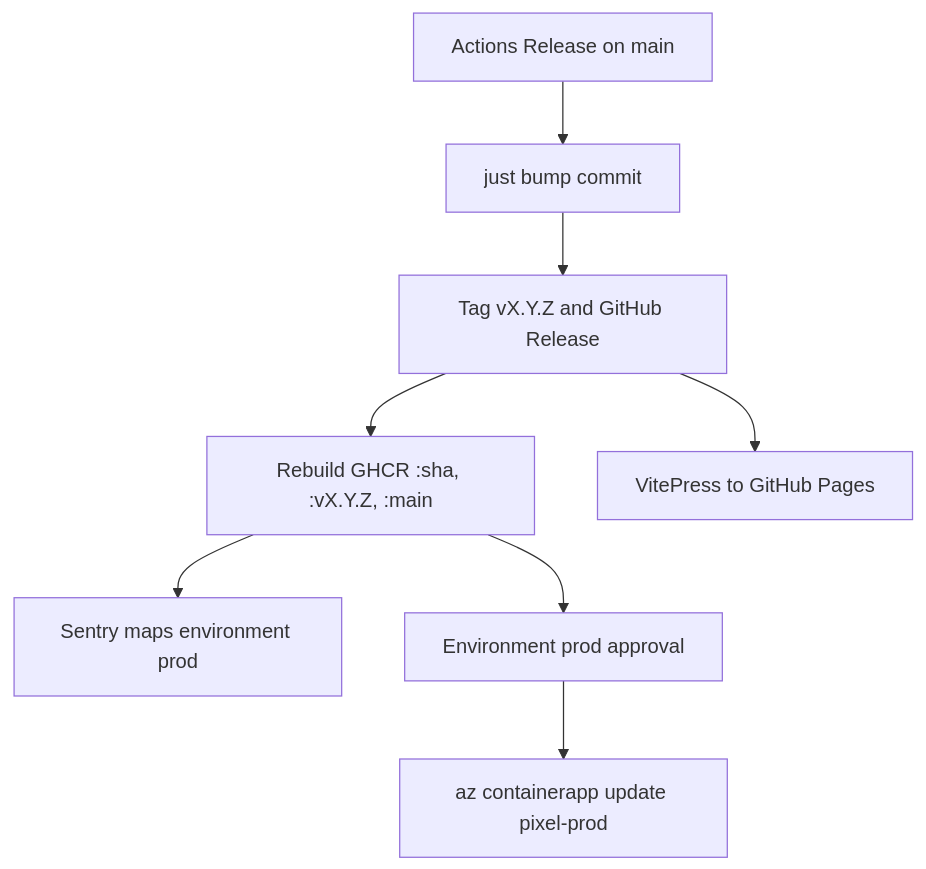
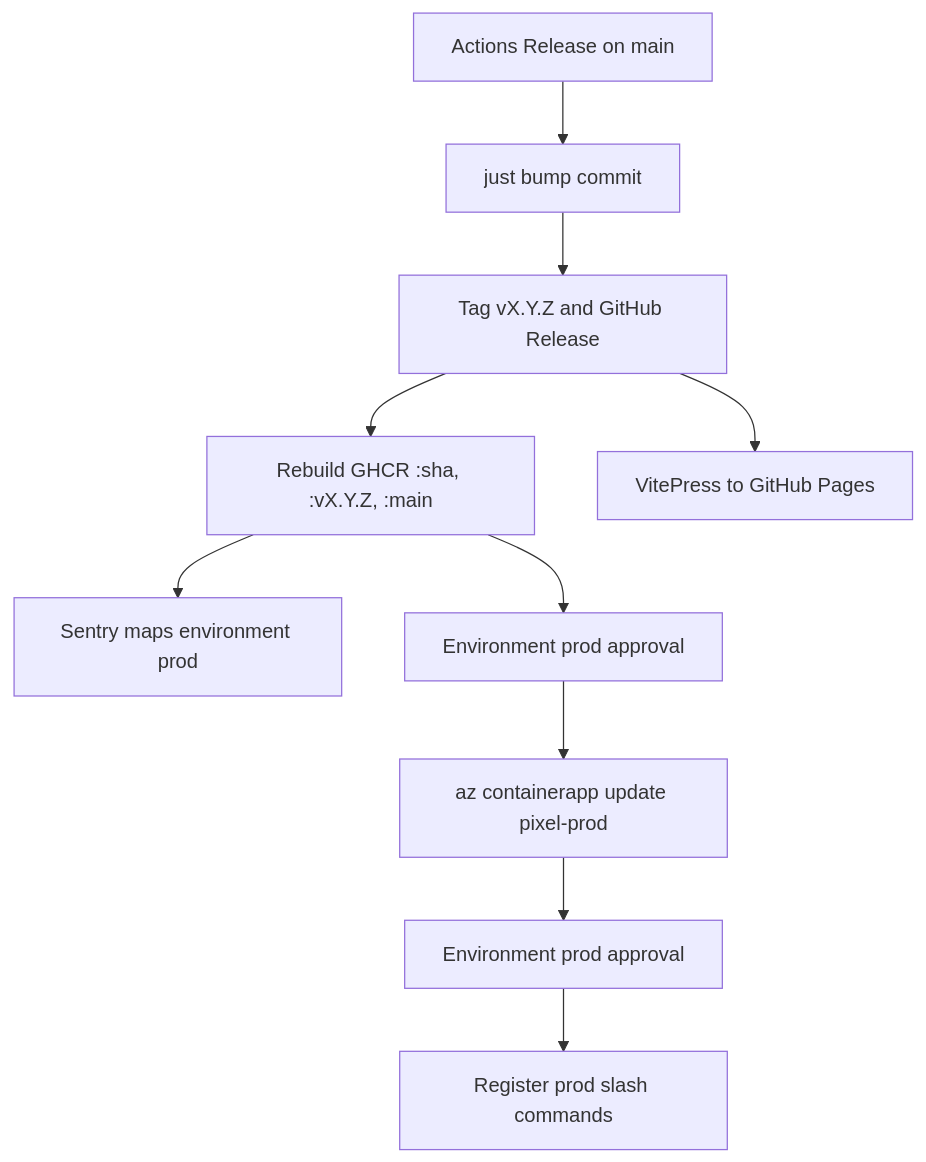
The third of 3 diagrams in docs/runbook.md (pixelbar/pixel), drawn with Mermaid before and after one commit. The commit also changed other lines of this file and 15 other files, not shown here.

First line of the commit message:
Register prod slash commands from the Release workflow

````diff
--- a/docs/runbook.md
+++ b/docs/runbook.md
@@ -409,11 +409,13 @@
 ```mermaid
 flowchart TD
   human[Actions Release on main]
   human --> bump[just bump commit]
   bump --> tag[Tag vX.Y.Z and GitHub Release]
   tag --> img["Rebuild GHCR :sha, :vX.Y.Z, :main"]
   img --> sentry[Sentry maps environment prod]
   img --> approve[Environment prod approval]
   approve --> roll[az containerapp update pixel-prod]
+  roll --> approve2[Environment prod approval]
+  approve2 --> register[Register prod slash commands]
   tag --> pages[VitePress to GitHub Pages]
 ```
````
